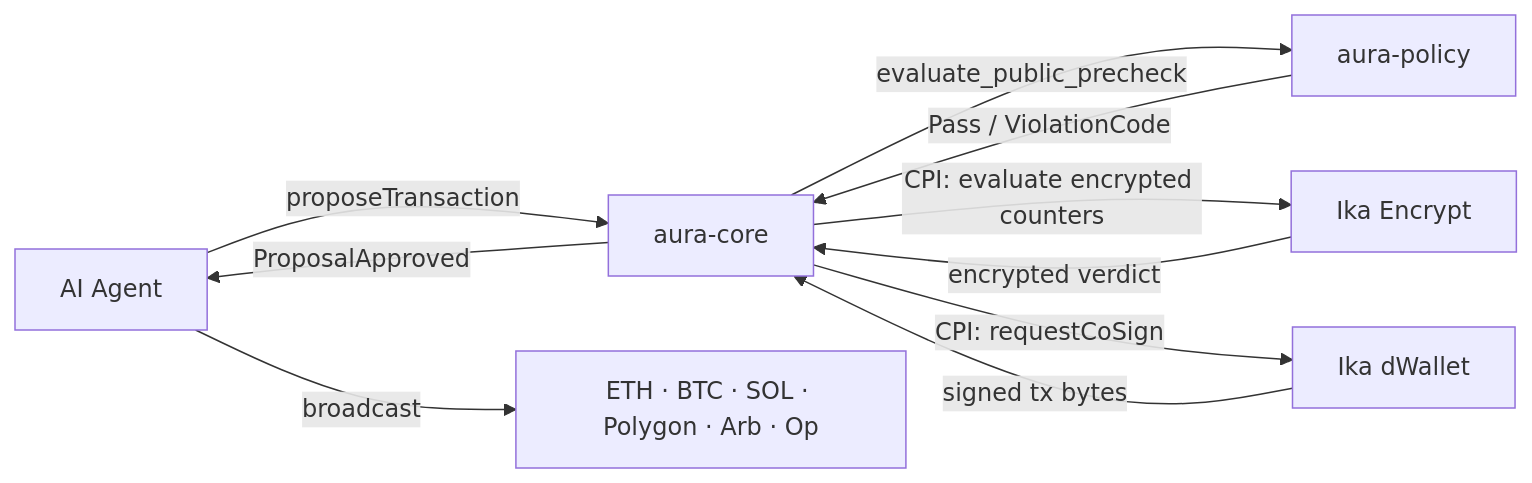
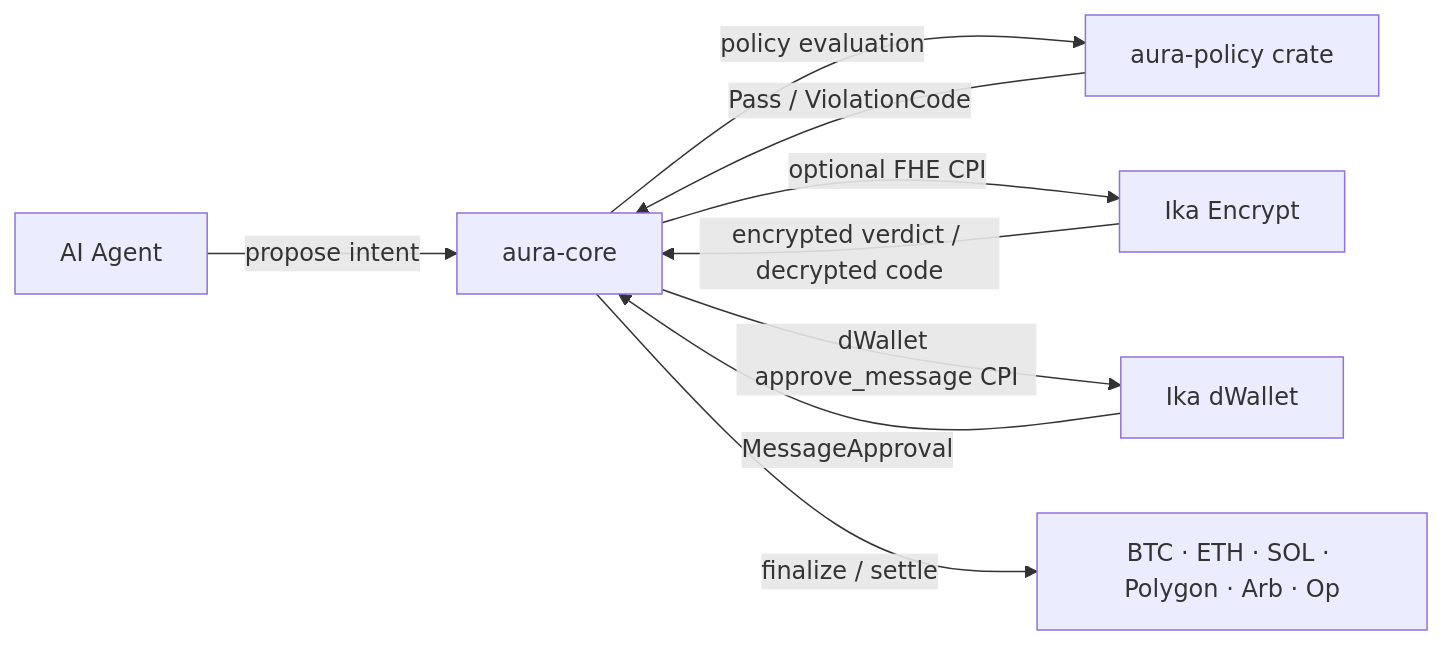
One commit to exyreams/aura changed the diagram in packages/docs/content/overview/index.mdx. Above: the diagram before and after it, drawn with Mermaid. The commit also changed other lines of this file and 36 other files, not shown here.

````diff
--- a/packages/docs/content/overview/index.mdx
+++ b/packages/docs/content/overview/index.mdx
@@ -13,12 +13,11 @@
 ```mermaid
 graph LR
-  Agent[AI Agent] -->|proposeTransaction| Core[aura-core]
-  Core -->|evaluate_public_precheck| Policy[aura-policy]
+  Agent[AI Agent] -->|propose intent| Core[aura-core]
+  Core -->|policy evaluation| Policy[aura-policy crate]
   Policy -->|Pass / ViolationCode| Core
-  Core -->|CPI: evaluate encrypted counters| Encrypt[Ika Encrypt]
-  Encrypt -->|encrypted verdict| Core
-  Core -->|CPI: requestCoSign| DWallet[Ika dWallet]
-  DWallet -->|signed tx bytes| Core
-  Core -->|ProposalApproved| Agent
-  Agent -->|broadcast| Chains[ETH · BTC · SOL · Polygon · Arb · Op]
+  Core -->|optional FHE CPI| Encrypt[Ika Encrypt]
+  Encrypt -->|encrypted verdict / decrypted code| Core
+  Core -->|dWallet approve_message CPI| DWallet[Ika dWallet]
+  DWallet -->|MessageApproval| Core
+  Core -->|finalize / settle| Chains[BTC · ETH · SOL · Polygon · Arb · Op]
 ```
````
